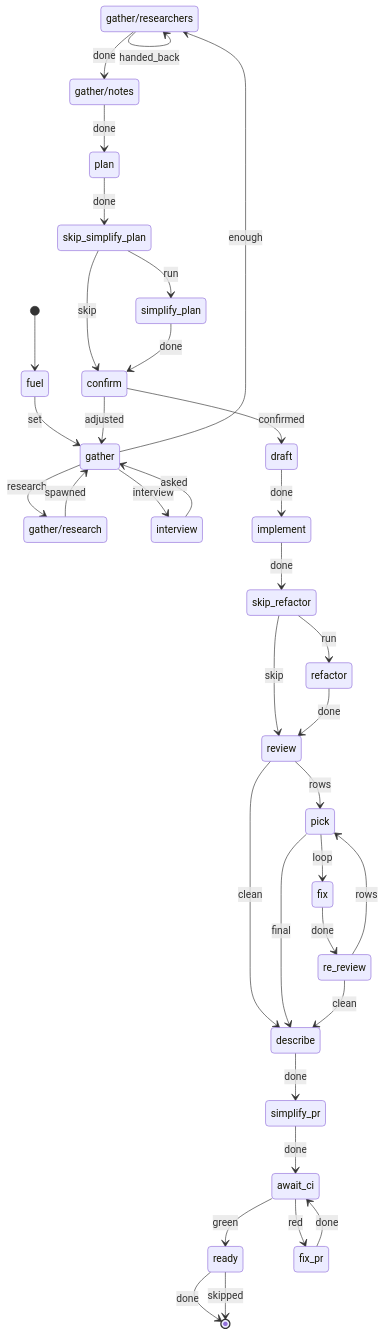
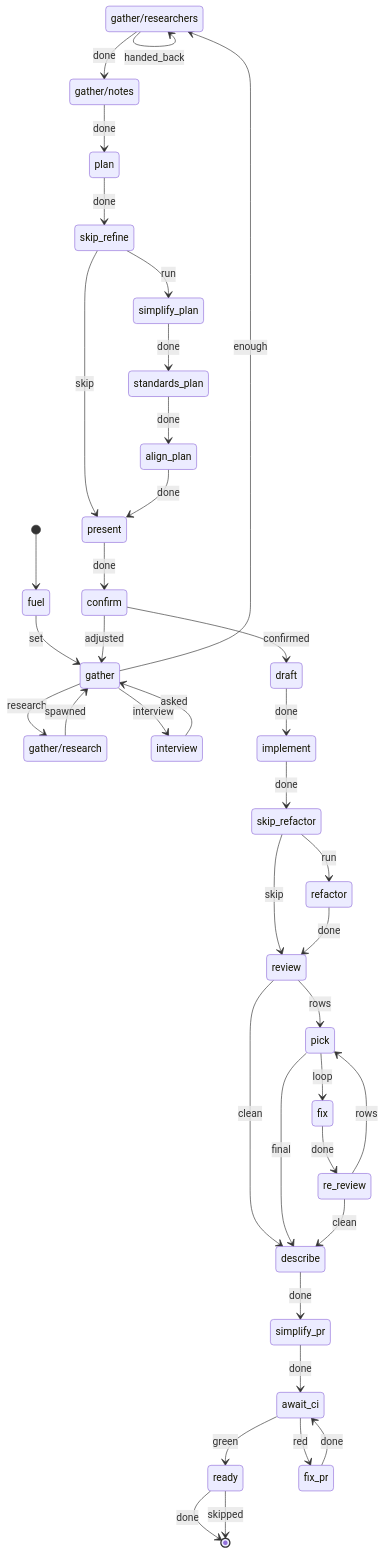
One commit to ILIYANGERMANOV/nixos changed the second of 5 diagrams in docs/harness/FLOWS.md. Above: the diagram before and after it, drawn with Mermaid. The commit also changed other lines of this file and 42 other files, not shown here.

First line of the commit message:
[agents] Propose: plan > refine (simplify, standards, align) > present > confirm (#544)

````diff
--- a/docs/harness/FLOWS.md
+++ b/docs/harness/FLOWS.md
@@ -96,44 +97,47 @@
 ```mermaid
 
 stateDiagram-v2
   direction TB
   state "gather/researchers" as gather__researchers
   state "gather/notes" as gather__notes
   state "gather/research" as gather__research
   [*] --> fuel
   fuel --> gather: set
   gather --> gather__researchers: enough
   gather --> interview: interview
   gather --> gather__research: research
   gather__researchers --> gather__notes: done
   gather__researchers --> gather__researchers: handed_back
   gather__notes --> plan: done
   gather__research --> gather: spawned
   interview --> gather: asked
-  plan --> skip_simplify_plan: done
-  skip_simplify_plan --> simplify_plan: run
-  skip_simplify_plan --> confirm: skip
-  simplify_plan --> confirm: done
+  plan --> skip_refine: done
+  skip_refine --> simplify_plan: run
+  skip_refine --> present: skip
+  simplify_plan --> standards_plan: done
+  standards_plan --> align_plan: done
+  align_plan --> present: done
+  present --> confirm: done
   confirm --> gather: adjusted
   confirm --> draft: confirmed
   draft --> implement: done
   implement --> skip_refactor: done
   skip_refactor --> refactor: run
   skip_refactor --> review: skip
   refactor --> review: done
   review --> describe: clean
   review --> pick: rows
   pick --> describe: final
   pick --> fix: loop
   fix --> re_review: done
   re_review --> describe: clean
   re_review --> pick: rows
   describe --> simplify_pr: done
   simplify_pr --> await_ci: done
   await_ci --> ready: green
   await_ci --> fix_pr: red
   fix_pr --> await_ci: done
   ready --> [*]: done
   ready --> [*]: skipped
 
 ```
````
